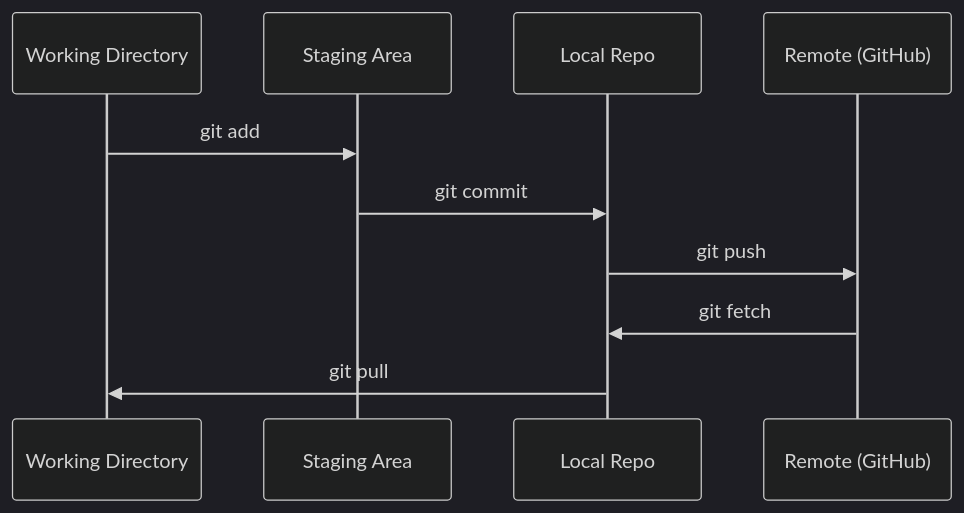
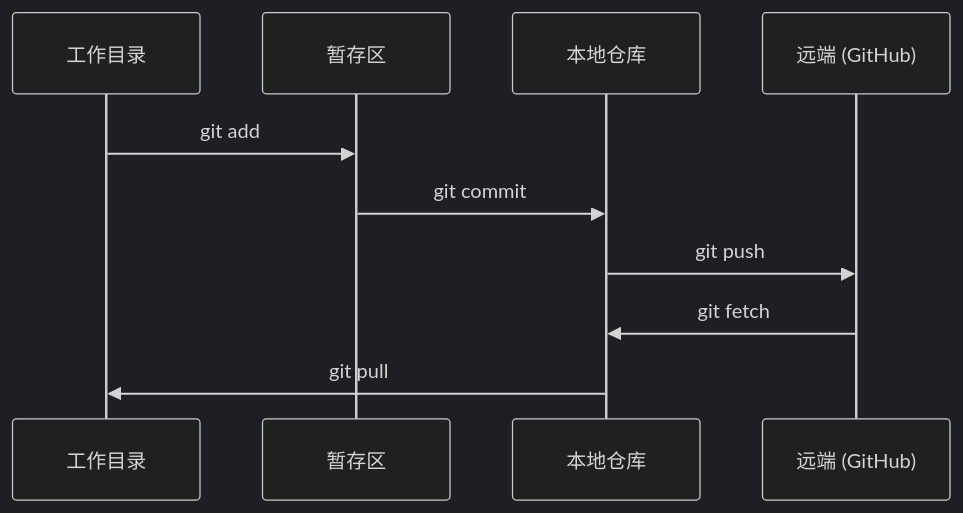
One commit to alessandrodinisio-ai/ai-engineering-learning-framework changed the diagram in phases/00-setup-and-tooling/02-git-and-collaboration/docs/zh.md. Above: the diagram before and after it, drawn with Mermaid (dark theme). The commit also changed 120 other files, not shown here.

First line of the commit message:
i18n(mermaid): 337 个 mermaid 图表标签中文化

````diff
--- a/phases/00-setup-and-tooling/02-git-and-collaboration/docs/zh.md
+++ b/phases/00-setup-and-tooling/02-git-and-collaboration/docs/zh.md
@@ -25,12 +25,12 @@
 ```mermaid
 sequenceDiagram
-    participant WD as Working Directory
-    participant SA as Staging Area
-    participant LR as Local Repo
-    participant R as Remote (GitHub)
+    participant WD as 工作目录
+    participant SA as 暂存区
+    participant LR as 本地仓库
+    participant R as 远端 (GitHub)
     WD->>SA: git add
     SA->>LR: git commit
     LR->>R: git push
     R->>LR: git fetch
     LR->>WD: git pull
 ```
````
